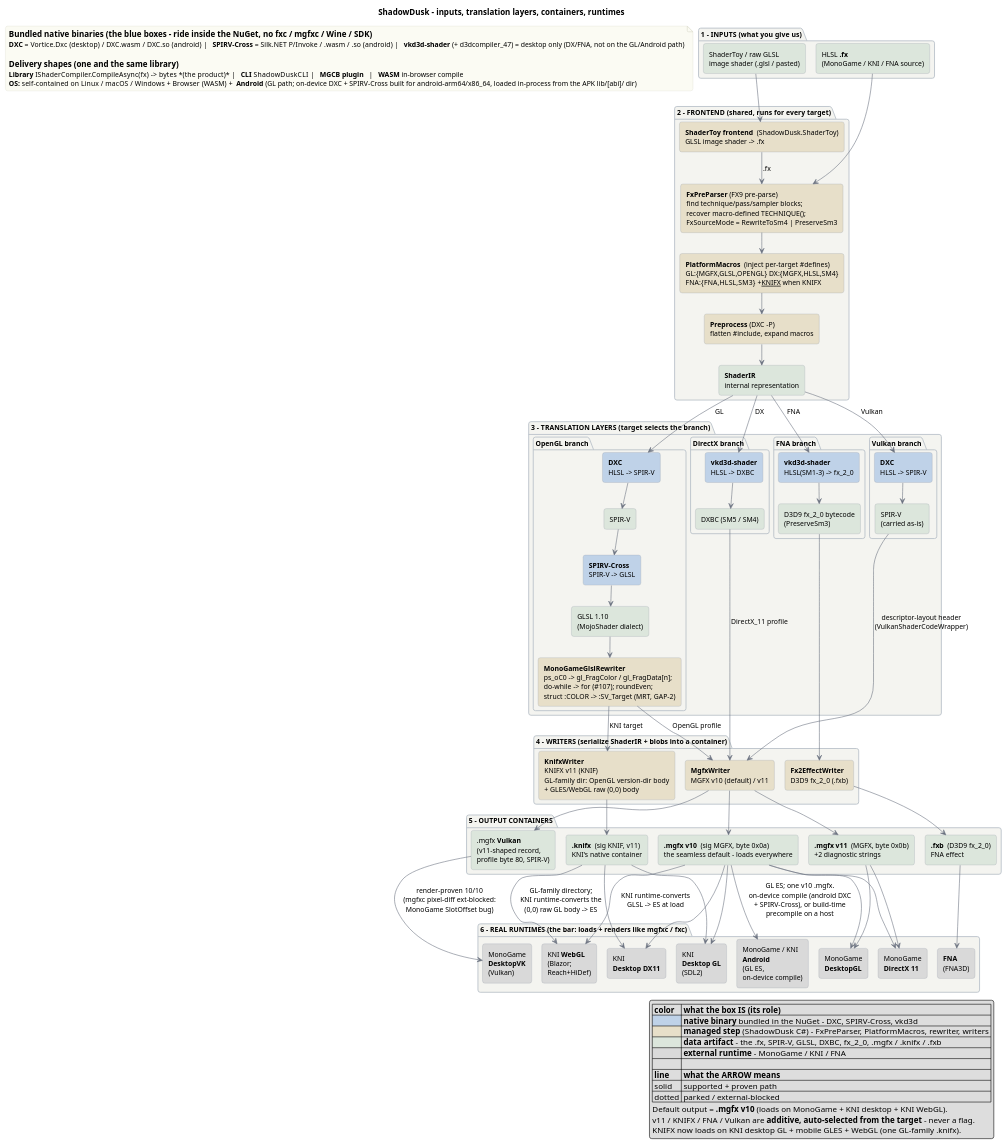
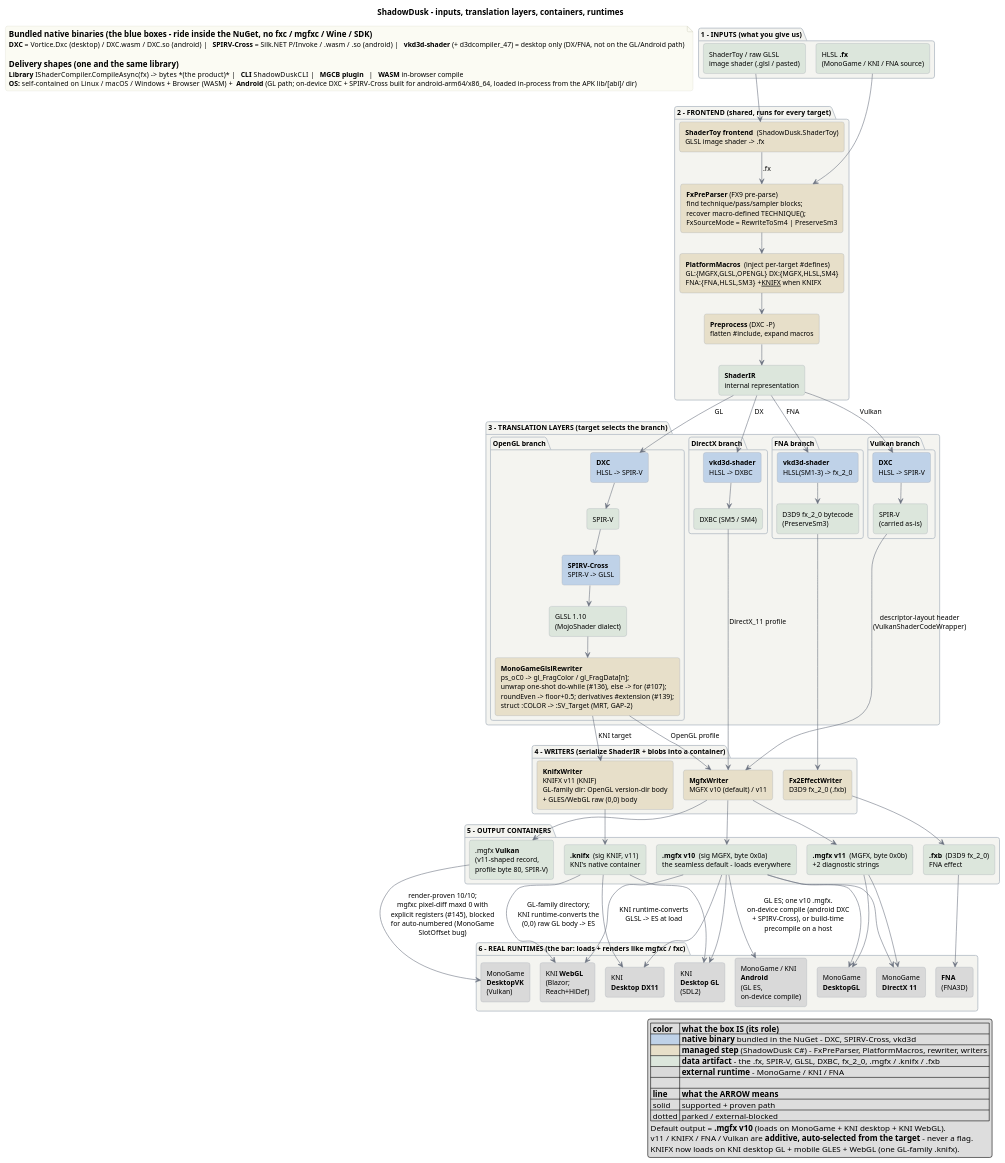
The diagram in docs/pipeline-overview.puml (kaltinril/ShadowDusk), drawn with PlantUML before and after one commit. The commit also changed 26 other files, not shown here.

```diff
--- a/docs/pipeline-overview.puml
+++ b/docs/pipeline-overview.puml
@@ -1,176 +1,176 @@
 @startuml pipeline-overview
 !pragma layout smetana
 ' ShadowDusk - full compile pipeline: inputs -> frontend -> per-target backends ->
 ' writers -> containers -> real runtimes (and the OS / delivery shapes).
 ' Render: VS Code PlantUML extension (Alt+D), or `plantuml docs/pipeline-overview.puml`.
 ' Uses Smetana layout so it renders without Graphviz; install Graphviz + drop the
 ' !pragma line above for a tidier `dot` layout.
 '
 ' COLOR = ROLE of the box (see the legend), consistent across every layer:
 '   #BFD2E8 blue  = bundled NATIVE binary (DXC / SPIRV-Cross / vkd3d)
 '   #E7DFC9 tan   = ShadowDusk MANAGED step (our C#: parser, macros, rewriter, writers)
 '   #DCE6DC sage  = DATA artifact (the bytes between steps + the input/output files)
 '   #D9D9D9 gray  = EXTERNAL runtime (MonoGame / KNI / FNA)
 ' Package boxes just group by pipeline LAYER and are kept neutral so the role colors read.
 
 title ShadowDusk - inputs, translation layers, containers, runtimes
 
 skinparam shadowing false
 skinparam roundCorner 8
 skinparam ArrowColor #6b7280
 skinparam defaultFontName "Segoe UI"
 skinparam defaultFontSize 12
 skinparam rectangle {
   BorderColor #9aa3ad
 }
 skinparam package {
   BackgroundColor #F4F4F0
   BorderColor #b8c0c8
   FontStyle bold
 }
 skinparam note {
   BackgroundColor #FBFBF3
   BorderColor #d8d8c8
 }
 
 ' ===== 1. INPUTS =====
 package "1 - INPUTS  (what you give us)" {
   rectangle "HLSL **.fx**\n(MonoGame / KNI / FNA source)" as FX #DCE6DC
   rectangle "ShaderToy / raw GLSL\nimage shader (.glsl / pasted)" as GLSLIN #DCE6DC
 }
 
 ' ===== 2. FRONTEND (shared) =====
 package "2 - FRONTEND  (shared, runs for every target)" {
   rectangle "**ShaderToy frontend**  (ShadowDusk.ShaderToy)\nGLSL image shader -> .fx" as STOY #E7DFC9
   rectangle "**FxPreParser** (FX9 pre-parse)\nfind technique/pass/sampler blocks;\nrecover macro-defined TECHNIQUE();\nFxSourceMode = RewriteToSm4 | PreserveSm3" as PRE #E7DFC9
   rectangle "**PlatformMacros**  (inject per-target #defines)\nGL:{MGFX,GLSL,OPENGL}  DX:{MGFX,HLSL,SM4}\nFNA:{FNA,HLSL,SM3}   +__KNIFX__ when KNIFX" as MAC #E7DFC9
   rectangle "**Preprocess** (DXC -P)\nflatten #include, expand macros" as PP #E7DFC9
   rectangle "**ShaderIR**\ninternal representation" as IR #DCE6DC
 }
 
 ' ===== 3. TRANSLATION LAYERS (tools inlined per branch) =====
 package "3 - TRANSLATION LAYERS  (target selects the branch)" {
 
   package "OpenGL branch" {
     rectangle "**DXC**\nHLSL -> SPIR-V" as GL_DXC #BFD2E8
     rectangle "SPIR-V" as GL_SPV #DCE6DC
     rectangle "**SPIRV-Cross**\nSPIR-V -> GLSL" as GL_SPVC #BFD2E8
     rectangle "GLSL 1.10\n(MojoShader dialect)" as GL_GLSL #DCE6DC
-    rectangle "**MonoGameGlslRewriter**\nps_oC0 -> gl_FragColor / gl_FragData[n];\ndo-while -> for (#107); roundEven;\nstruct :COLOR -> :SV_Target (MRT, GAP-2)" as GL_RW #E7DFC9
+    rectangle "**MonoGameGlslRewriter**\nps_oC0 -> gl_FragColor / gl_FragData[n];\nunwrap one-shot do-while (#136), else -> for (#107);\nroundEven -> floor+0.5; derivatives #extension (#139);\nstruct :COLOR -> :SV_Target (MRT, GAP-2)" as GL_RW #E7DFC9
     GL_DXC -down-> GL_SPV
     GL_SPV -down-> GL_SPVC
     GL_SPVC -down-> GL_GLSL
     GL_GLSL -down-> GL_RW
   }
 
   package "DirectX branch" {
     rectangle "**vkd3d-shader**\nHLSL -> DXBC" as DX_VKD #BFD2E8
     rectangle "DXBC (SM5 / SM4)" as DX_DXBC #DCE6DC
     DX_VKD -down-> DX_DXBC
   }
 
   package "FNA branch" {
     rectangle "**vkd3d-shader**\nHLSL(SM1-3) -> fx_2_0" as FNA_VKD #BFD2E8
     rectangle "D3D9 fx_2_0 bytecode\n(PreserveSm3)" as FNA_FX2 #DCE6DC
     FNA_VKD -down-> FNA_FX2
   }
 
   package "Vulkan branch" {
     rectangle "**DXC**\nHLSL -> SPIR-V" as VK_DXC #BFD2E8
     rectangle "SPIR-V\n(carried as-is)" as VK_SPV #DCE6DC
     VK_DXC -down-> VK_SPV
   }
 }
 
 ' ===== 4. WRITERS =====
 package "4 - WRITERS  (serialize ShaderIR + blobs into a container)" {
   rectangle "**MgfxWriter**\nMGFX v10 (default) / v11" as MGW #E7DFC9
   rectangle "**KnifxWriter**\nKNIFX v11 (KNIF)\nGL-family dir: OpenGL version-dir body\n+ GLES/WebGL raw (0,0) body" as KNW #E7DFC9
   rectangle "**Fx2EffectWriter**\nD3D9 fx_2_0 (.fxb)" as FXW #E7DFC9
 }
 
 ' ===== 5. OUTPUT CONTAINERS =====
 package "5 - OUTPUT CONTAINERS" {
   rectangle "**.mgfx v10**  (sig MGFX, byte 0x0a)\nthe seamless default - loads everywhere" as O_MGFX10 #DCE6DC
   rectangle "**.mgfx v11**  (MGFX, byte 0x0b)\n+2 diagnostic strings" as O_MGFX11 #DCE6DC
   rectangle "**.knifx**  (sig KNIF, v11)\nKNI's native container" as O_KNIFX #DCE6DC
   rectangle "**.fxb**  (D3D9 fx_2_0)\nFNA effect" as O_FXB #DCE6DC
   rectangle ".mgfx **Vulkan**\n(v11-shaped record,\nprofile byte 80, SPIR-V)" as O_MGFXVK #DCE6DC
 }
 
 ' ===== 6. REAL RUNTIMES =====
 package "6 - REAL RUNTIMES  (the bar: loads + renders like mgfxc / fxc)" {
   rectangle "KNI **WebGL**\n(Blazor;\nReach+HiDef)" as R_KNIWEB #D9D9D9
   rectangle "KNI\n**Desktop GL**\n(SDL2)" as R_KNIGL #D9D9D9
   rectangle "KNI\n**Desktop DX11**" as R_KNIDX #D9D9D9
   rectangle "MonoGame\n**DesktopGL**" as R_MGGL #D9D9D9
   rectangle "MonoGame\n**DirectX 11**" as R_MGDX #D9D9D9
   rectangle "MonoGame\n**DesktopVK**\n(Vulkan)" as R_MGVK #D9D9D9
   rectangle "**FNA**\n(FNA3D)" as R_FNA #D9D9D9
   rectangle "MonoGame / KNI\n**Android**\n(GL ES,\non-device compile)" as R_ANDROID #D9D9D9
 }
 
 ' ===== FLOWS =====
 GLSLIN --> STOY
 STOY --> PRE : ".fx"
 FX --> PRE
 PRE --> MAC
 MAC --> PP
 PP --> IR
 
 IR --> GL_DXC : "GL"
 IR --> DX_VKD : "DX"
 IR --> FNA_VKD : "FNA"
 IR --> VK_DXC : "Vulkan"
 
 GL_RW --> MGW : "OpenGL profile"
 GL_RW --> KNW : "KNI target"
 DX_DXBC --> MGW : "DirectX_11 profile"
 FNA_FX2 --> FXW
 VK_SPV --> MGW : "descriptor-layout header\n(VulkanShaderCodeWrapper)"
 
 MGW --> O_MGFX10
 MGW --> O_MGFX11
 MGW --> O_MGFXVK
 KNW --> O_KNIFX
 FXW --> O_FXB
 
 O_MGFX10 --> R_MGGL
 O_MGFX10 --> R_MGDX
 O_MGFX10 --> R_KNIGL
 O_MGFX10 --> R_KNIDX
 O_MGFX10 --> R_KNIWEB : "KNI runtime-converts\nGLSL -> ES at load"
 O_MGFX11 --> R_MGGL
 O_MGFX11 --> R_MGDX
 O_KNIFX --> R_KNIGL
 O_KNIFX --> R_KNIDX
 O_KNIFX --> R_KNIWEB : "GL-family directory;\nKNI runtime-converts the\n(0,0) raw GL body -> ES"
 O_FXB --> R_FNA
-O_MGFXVK --> R_MGVK : "render-proven 10/10\n(mgfxc pixel-diff ext-blocked:\nMonoGame SlotOffset bug)"
+O_MGFXVK --> R_MGVK : "render-proven 10/10;\nmgfxc pixel-diff maxd 0 with\nexplicit registers (#145), blocked\nfor auto-numbered (MonoGame\nSlotOffset bug)"
 O_MGFX10 --> R_ANDROID : "GL ES; one v10 .mgfx.\non-device compile (android DXC\n+ SPIRV-Cross), or build-time\nprecompile on a host"
 
 note as N1
 == Bundled native binaries (the blue boxes - ride inside the NuGet, no fxc / mgfxc / Wine / SDK)
 **DXC** = Vortice.Dxc (desktop) / DXC.wasm / DXC.so (android)   |   **SPIRV-Cross** = Silk.NET P/Invoke / .wasm / .so (android)   |   **vkd3d-shader** (+ d3dcompiler_47) = desktop only (DX/FNA, not on the GL/Android path)
 
 == Delivery shapes (one and the same library)
 **Library** IShaderCompiler.CompileAsync(fx) -> bytes  *(the product)*   |   **CLI** ShadowDuskCLI   |   **MGCB plugin**   |   **WASM** in-browser compile
 **OS:** self-contained on Linux / macOS / Windows  +  Browser (WASM)  +  **Android** (GL path; on-device DXC + SPIRV-Cross built for android-arm64/x86_64, loaded in-process from the APK lib/[abi]/ dir)
 end note
 
 legend right
   |= color |= what the box IS (its role) |
   |<#BFD2E8>          | **native binary** bundled in the NuGet - DXC, SPIRV-Cross, vkd3d |
   |<#E7DFC9>          | **managed step** (ShadowDusk C#) - FxPreParser, PlatformMacros, rewriter, writers |
   |<#DCE6DC>          | **data artifact** - the .fx, SPIR-V, GLSL, DXBC, fx_2_0, .mgfx / .knifx / .fxb |
   |<#D9D9D9>          | **external runtime** - MonoGame / KNI / FNA |
   |          |          |
   |= line |= what the ARROW means |
   | solid | supported + proven path |
   | dotted | parked / external-blocked |
   Default output = **.mgfx v10** (loads on MonoGame + KNI desktop + KNI WebGL).
   v11 / KNIFX / FNA / Vulkan are **additive, auto-selected from the target** - never a flag.
   KNIFX now loads on KNI desktop GL + mobile GLES + WebGL (one GL-family .knifx).
 endlegend
 
 @enduml
```
